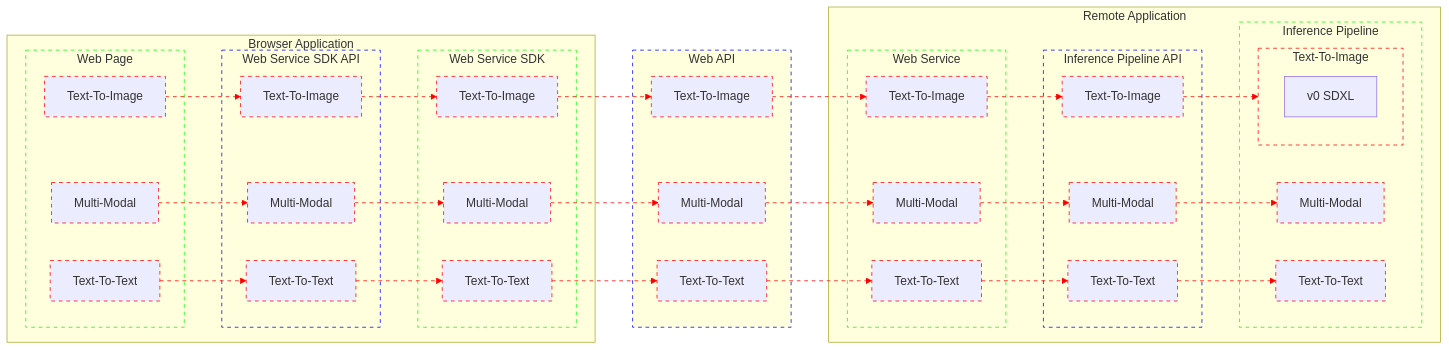
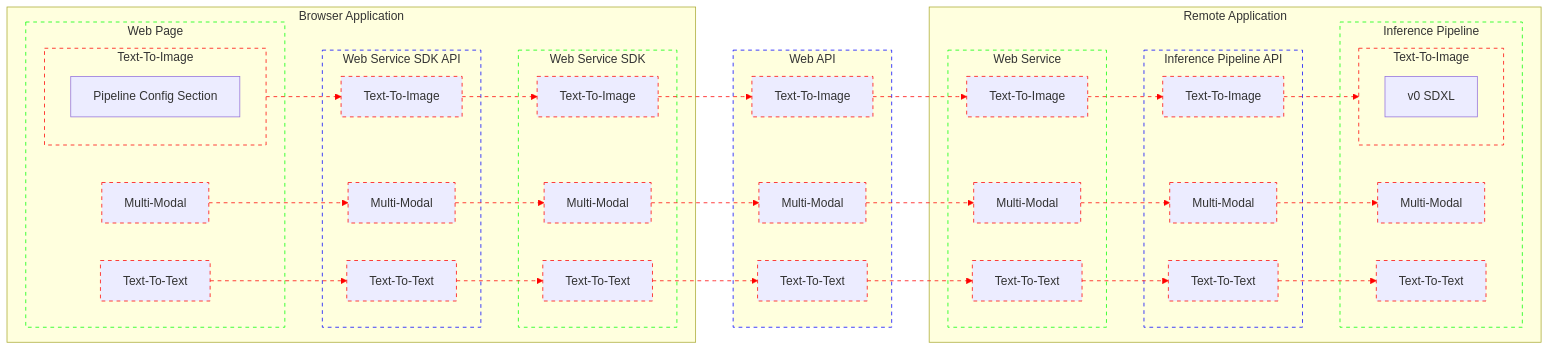
One commit to bjacobgordon/shark-ui changed the diagram in docs/webAPI/architecture.mmd. Above: the diagram before and after it, drawn with Mermaid.

Commit message:
step(text-to-image): adds pipeline config section within web page

```diff
--- a/docs/webAPI/architecture.mmd
+++ b/docs/webAPI/architecture.mmd
@@ -1,160 +1,163 @@
 flowchart LR
   classDef Contract          stroke: #00F, stroke-dasharray: 5
   classDef ApplicationModule stroke: #0F0, stroke-dasharray: 5
   classDef InferenceModality stroke: #F00, stroke-dasharray: 5
 
   subgraph BrowserApplication[Browser Application]
     subgraph BrowserApplication_WebPage[Web Page]
-      BrowserApplication_WebPage_TextToImage[Text-To-Image]
+      subgraph BrowserApplication_WebPage_TextToImage[Text-To-Image]
+        BrowserApplication_WebPage_TextToImage_PipelineConfigSection[Pipeline Config Section]
+      end
       class BrowserApplication_WebPage_TextToImage InferenceModality
 
       BrowserApplication_WebPage_MultiModal[Multi-Modal]
       class BrowserApplication_WebPage_MultiModal InferenceModality
 
       BrowserApplication_WebPage_TextToText[Text-To-Text]
       class BrowserApplication_WebPage_TextToText InferenceModality
     end
     class BrowserApplication_WebPage ApplicationModule
 
 
     BrowserApplication_WebPage_TextToImage BrowserApplication_WebPage__TextToImage__BrowserApplication_WebServiceSDK_API@--> BrowserApplication_WebServiceSDK_API_TextToImage
+    class BrowserApplication_WebPage_TextToImage InferenceModality
     class BrowserApplication_WebPage__TextToImage__BrowserApplication_WebServiceSDK_API InferenceModality
 
     BrowserApplication_WebPage_MultiModal BrowserApplication_WebPage__MultiModal__BrowserApplication_WebServiceSDK_API@--> BrowserApplication_WebServiceSDK_API_MultiModal
     class BrowserApplication_WebPage__MultiModal__BrowserApplication_WebServiceSDK_API InferenceModality
 
     BrowserApplication_WebPage_TextToText BrowserApplication_WebPage__TextToText__BrowserApplication_WebServiceSDK_API@--> BrowserApplication_WebServiceSDK_API_TextToText
     class BrowserApplication_WebPage__TextToText__BrowserApplication_WebServiceSDK_API InferenceModality
 
 
     subgraph BrowserApplication_WebServiceSDK_API[Web Service SDK API]
       BrowserApplication_WebServiceSDK_API_TextToImage[Text-To-Image]
       class BrowserApplication_WebServiceSDK_API_TextToImage InferenceModality
 
       BrowserApplication_WebServiceSDK_API_MultiModal[Multi-Modal]
       class BrowserApplication_WebServiceSDK_API_MultiModal InferenceModality
 
       BrowserApplication_WebServiceSDK_API_TextToText[Text-To-Text]
       class BrowserApplication_WebServiceSDK_API_TextToText InferenceModality
     end
     class BrowserApplication_WebServiceSDK_API Contract
 
 
     BrowserApplication_WebServiceSDK_API_TextToImage BrowserApplication_WebServiceSDK_API__TextToImage__BrowserApplication_WebServiceSDK@--> BrowserApplication_WebServiceSDK_TextToImage
     class BrowserApplication_WebServiceSDK_API__TextToImage__BrowserApplication_WebServiceSDK InferenceModality
 
     BrowserApplication_WebServiceSDK_API_MultiModal BrowserApplication_WebServiceSDK_API__MultiModal__BrowserApplication_WebServiceSDK@--> BrowserApplication_WebServiceSDK_MultiModal
     class BrowserApplication_WebServiceSDK_API__MultiModal__BrowserApplication_WebServiceSDK InferenceModality
 
     BrowserApplication_WebServiceSDK_API_TextToText BrowserApplication_WebServiceSDK_API__TextToText__BrowserApplication_WebServiceSDK@--> BrowserApplication_WebServiceSDK_TextToText
     class BrowserApplication_WebServiceSDK_API__TextToText__BrowserApplication_WebServiceSDK InferenceModality
 
 
     subgraph BrowserApplication_WebServiceSDK[Web Service SDK]
       BrowserApplication_WebServiceSDK_TextToImage[Text-To-Image]
       class BrowserApplication_WebServiceSDK_TextToImage InferenceModality
 
       BrowserApplication_WebServiceSDK_MultiModal[Multi-Modal]
       class BrowserApplication_WebServiceSDK_MultiModal InferenceModality
 
       BrowserApplication_WebServiceSDK_TextToText[Text-To-Text]
       class BrowserApplication_WebServiceSDK_TextToText InferenceModality
     end
     class BrowserApplication_WebServiceSDK ApplicationModule
   end
 
 
   BrowserApplication_WebServiceSDK_TextToImage BrowserApplication_WebServiceSDK__TextToImage__WebAPI@--> WebAPI_TextToImage
   class BrowserApplication_WebServiceSDK__TextToImage__WebAPI InferenceModality
 
   BrowserApplication_WebServiceSDK_MultiModal BrowserApplication_WebServiceSDK__MultiModal__WebAPI@--> WebAPI_MultiModal
   class BrowserApplication_WebServiceSDK__MultiModal__WebAPI InferenceModality
 
   BrowserApplication_WebServiceSDK_TextToText BrowserApplication_WebServiceSDK__TextToText__WebAPI@--> WebAPI_TextToText
   class BrowserApplication_WebServiceSDK__TextToText__WebAPI InferenceModality
 
 
   subgraph WebAPI[Web API]
     WebAPI_TextToImage[Text-To-Image]
     class WebAPI_TextToImage InferenceModality
 
     WebAPI_MultiModal[Multi-Modal]
     class WebAPI_MultiModal InferenceModality
 
     WebAPI_TextToText[Text-To-Text]
     class WebAPI_TextToText InferenceModality
   end
   class WebAPI Contract
 
 
   WebAPI_TextToImage WebAPI__TextToImage__RemoteApplication_WebService@--> RemoteApplication_WebService_TextToImage
   class WebAPI__TextToImage__RemoteApplication_WebService InferenceModality
 
   WebAPI_MultiModal WebAPI__MultiModal__RemoteApplication_WebService@--> RemoteApplication_WebService_MultiModal
   class WebAPI__MultiModal__RemoteApplication_WebService InferenceModality
 
   WebAPI_TextToText WebAPI__TextToText__RemoteApplication_WebService@--> RemoteApplication_WebService_TextToText
   class WebAPI__TextToText__RemoteApplication_WebService InferenceModality
 
 
   subgraph RemoteApplication[Remote Application]
     subgraph RemoteApplication_WebService[Web Service]
       RemoteApplication_WebService_TextToImage[Text-To-Image]
       class RemoteApplication_WebService_TextToImage InferenceModality
 
       RemoteApplication_WebService_MultiModal[Multi-Modal]
       class RemoteApplication_WebService_MultiModal InferenceModality
 
       RemoteApplication_WebService_TextToText[Text-To-Text]
       class RemoteApplication_WebService_TextToText InferenceModality
     end
     class RemoteApplication_WebService ApplicationModule
 
 
     RemoteApplication_WebService_TextToImage RemoteApplication_WebService__TextToImage__RemoteApplication_InferencePipeline_API@--> RemoteApplication_InferencePipeline_API_TextToImage
     class RemoteApplication_WebService__TextToImage__RemoteApplication_InferencePipeline_API InferenceModality
 
     RemoteApplication_WebService_MultiModal RemoteApplication_WebService__MultiModal__RemoteApplication_InferencePipeline_API@--> RemoteApplication_InferencePipeline_API_MultiModal
     class RemoteApplication_WebService__MultiModal__RemoteApplication_InferencePipeline_API InferenceModality
 
     RemoteApplication_WebService_TextToText RemoteApplication_WebService__TextToText__RemoteApplication_InferencePipeline_API@--> RemoteApplication_InferencePipeline_API_TextToText
     class RemoteApplication_WebService__TextToText__RemoteApplication_InferencePipeline_API InferenceModality
 
 
     subgraph RemoteApplication_InferencePipeline_API[Inference Pipeline API]
       RemoteApplication_InferencePipeline_API_TextToImage[Text-To-Image]
       class RemoteApplication_InferencePipeline_API_TextToImage InferenceModality
 
       RemoteApplication_InferencePipeline_API_MultiModal[Multi-Modal]
       class RemoteApplication_InferencePipeline_API_MultiModal InferenceModality
 
       RemoteApplication_InferencePipeline_API_TextToText[Text-To-Text]
       class RemoteApplication_InferencePipeline_API_TextToText InferenceModality
     end
     class RemoteApplication_InferencePipeline_API Contract
 
 
     RemoteApplication_InferencePipeline_API_TextToImage RemoteApplication_InferencePipeline_API__TextToImage__RemoteApplication_InferencePipeline@--> RemoteApplication_InferencePipeline_TextToImage
     class RemoteApplication_InferencePipeline_API__TextToImage__RemoteApplication_InferencePipeline InferenceModality
 
     RemoteApplication_InferencePipeline_API_MultiModal RemoteApplication_InferencePipeline_API__MultiModal__RemoteApplication_InferencePipeline@--> RemoteApplication_InferencePipeline_MultiModal
     class RemoteApplication_InferencePipeline_API__MultiModal__RemoteApplication_InferencePipeline InferenceModality
 
     RemoteApplication_InferencePipeline_API_TextToText RemoteApplication_InferencePipeline_API__TextToText__RemoteApplication_InferencePipeline@--> RemoteApplication_InferencePipeline_TextToText
     class RemoteApplication_InferencePipeline_API__TextToText__RemoteApplication_InferencePipeline InferenceModality
 
 
     subgraph RemoteApplication_InferencePipeline[Inference Pipeline]
       subgraph RemoteApplication_InferencePipeline_TextToImage[Text-To-Image]
         RemoteApplication_InferencePipeline_TextToImage_SDXL[v0 SDXL]
       end
       class RemoteApplication_InferencePipeline_TextToImage InferenceModality
 
       RemoteApplication_InferencePipeline_MultiModal[Multi-Modal]
       class RemoteApplication_InferencePipeline_MultiModal InferenceModality
 
       RemoteApplication_InferencePipeline_TextToText[Text-To-Text]
       class RemoteApplication_InferencePipeline_TextToText InferenceModality
     end
     class RemoteApplication_InferencePipeline ApplicationModule
   end
```
